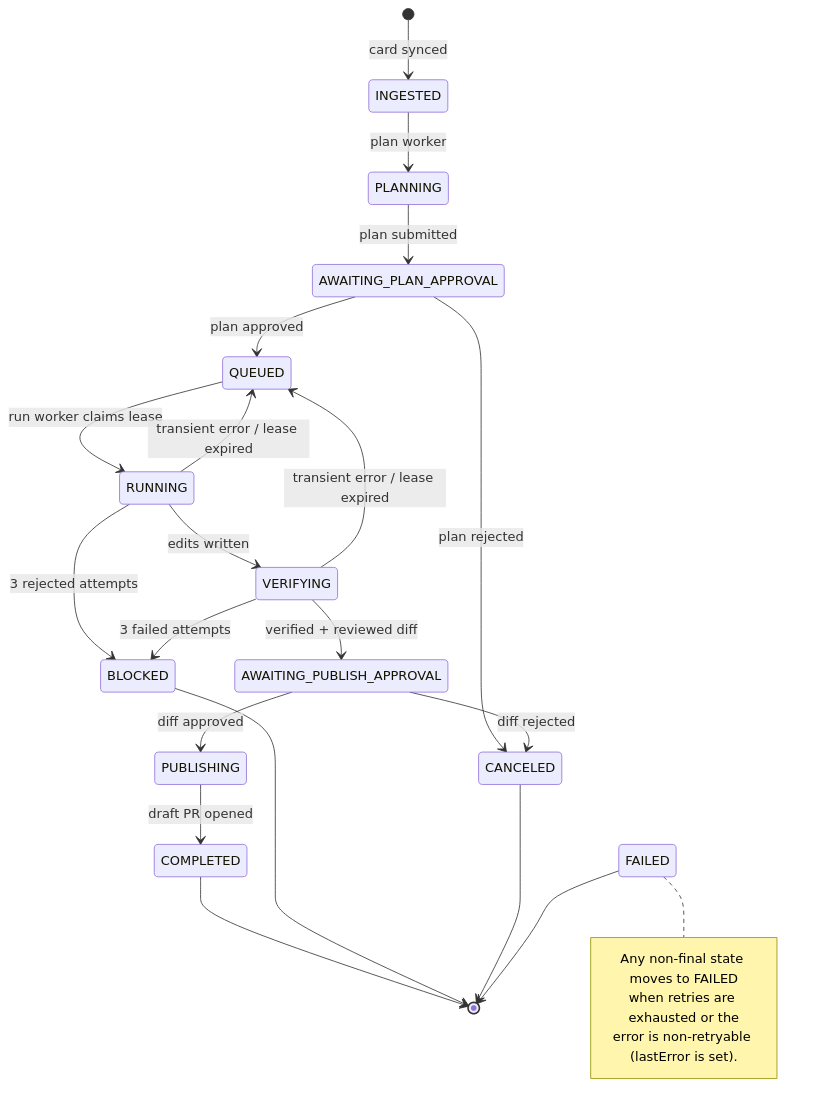
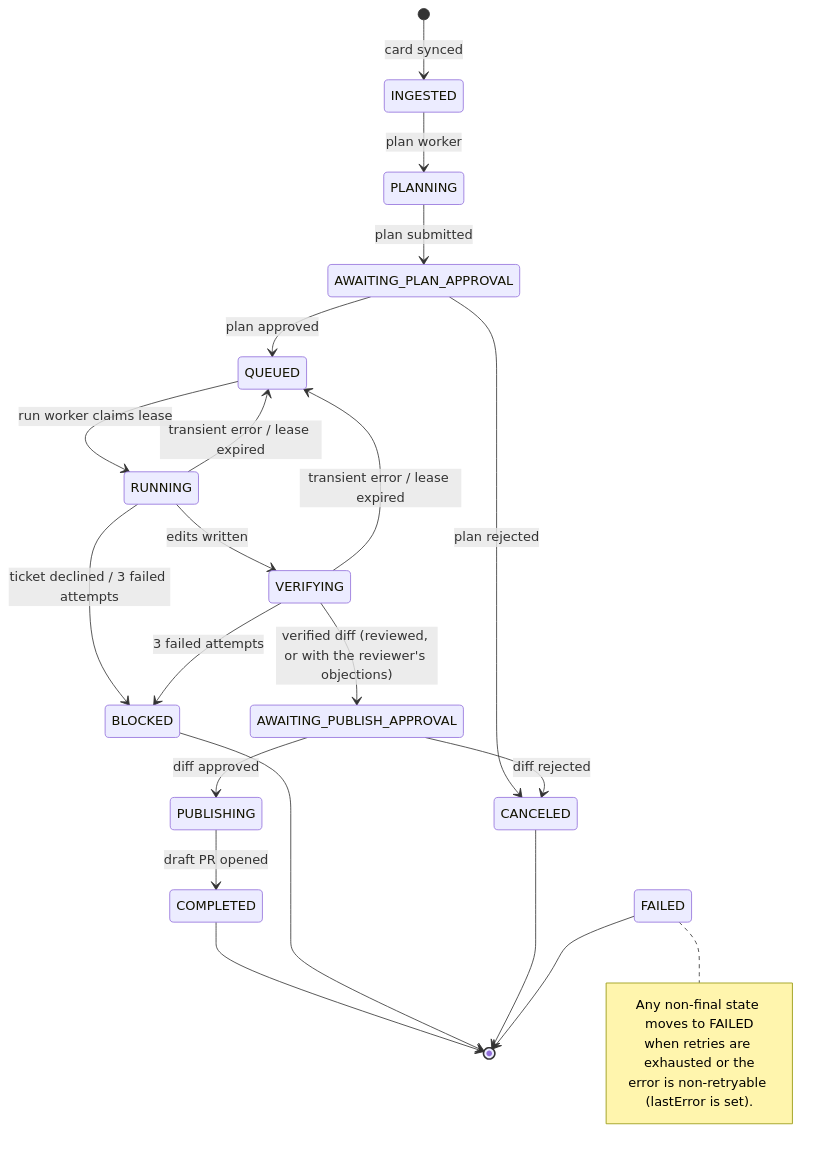
Before and after one commit to zack10/agent-orchestration-app-backend: the third of 7 diagrams in README.md, drawn with Mermaid. The commit also changed other lines of this file, not shown here.

First line of the commit message:
docs(readme): bring the diagrams and text up to date with the branch

````diff
--- a/README.md
+++ b/README.md
@@ -167,27 +170,27 @@
 ```mermaid
 stateDiagram-v2
     [*] --> INGESTED: card synced
     INGESTED --> PLANNING: plan worker
     PLANNING --> AWAITING_PLAN_APPROVAL: plan submitted
     AWAITING_PLAN_APPROVAL --> QUEUED: plan approved
     AWAITING_PLAN_APPROVAL --> CANCELED: plan rejected
     QUEUED --> RUNNING: run worker claims lease
     RUNNING --> VERIFYING: edits written
     RUNNING --> QUEUED: transient error / lease expired
     VERIFYING --> QUEUED: transient error / lease expired
-    VERIFYING --> AWAITING_PUBLISH_APPROVAL: verified + reviewed diff
-    RUNNING --> BLOCKED: 3 rejected attempts
+    VERIFYING --> AWAITING_PUBLISH_APPROVAL: verified diff (reviewed, or with the reviewer's objections)
+    RUNNING --> BLOCKED: ticket declined / 3 failed attempts
     VERIFYING --> BLOCKED: 3 failed attempts
     AWAITING_PUBLISH_APPROVAL --> PUBLISHING: diff approved
     AWAITING_PUBLISH_APPROVAL --> CANCELED: diff rejected
     PUBLISHING --> COMPLETED: draft PR opened
     COMPLETED --> [*]
     BLOCKED --> [*]
     CANCELED --> [*]
     FAILED --> [*]
     note right of FAILED
         Any non-final state moves to FAILED
         when retries are exhausted or the
         error is non-retryable (lastError is set).
     end note
 ```
````
